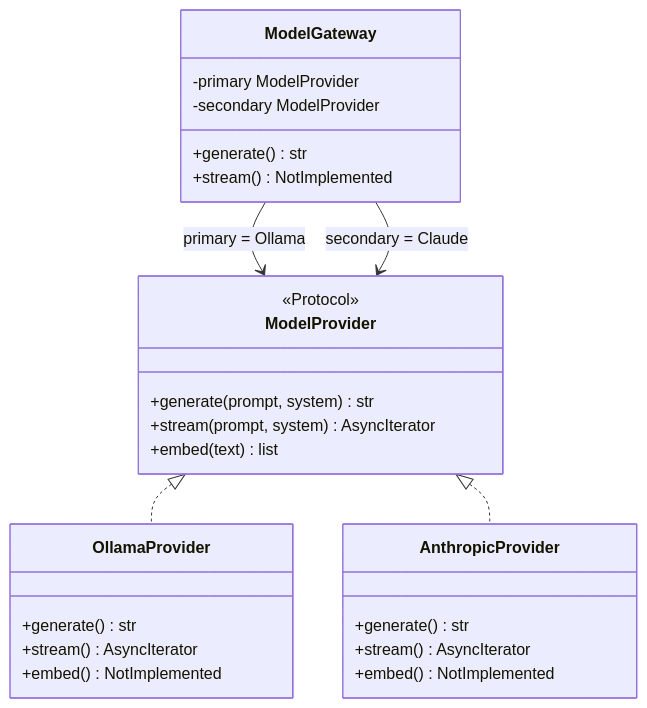
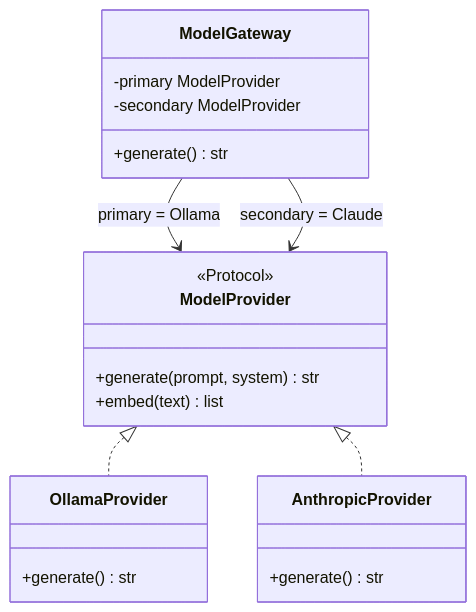
The eighth of 8 diagrams in README.md (Lakshan-21/Lenny-Growth-Assistant), drawn with Mermaid before and after one commit. The commit also changed other lines of this file, not shown here.

Commit message:
Replace broken Mermaid ER diagram with image

````diff
--- a/README.md
+++ b/README.md
@@ -734,29 +707,23 @@
 ```mermaid
 classDiagram
     class ModelProvider {
         <<Protocol>>
         +generate(prompt, system) str
-        +stream(prompt, system) AsyncIterator
         +embed(text) list
     }
     class OllamaProvider {
         +generate() str
-        +stream() AsyncIterator
-        +embed() NotImplemented
     }
     class AnthropicProvider {
         +generate() str
-        +stream() AsyncIterator
-        +embed() NotImplemented
     }
     class ModelGateway {
         -primary ModelProvider
         -secondary ModelProvider
         +generate() str
-        +stream() NotImplemented
     }
     ModelProvider <|.. OllamaProvider
     ModelProvider <|.. AnthropicProvider
     ModelGateway --> ModelProvider : primary = Ollama
     ModelGateway --> ModelProvider : secondary = Claude
 ```
````
